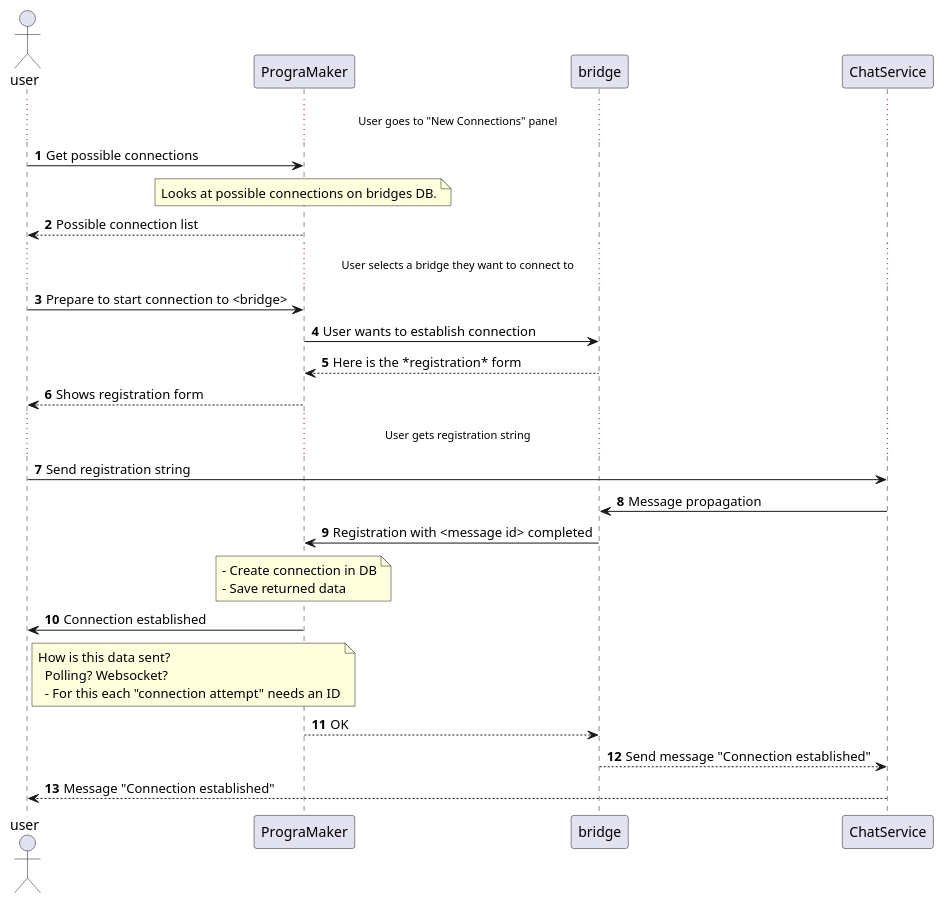
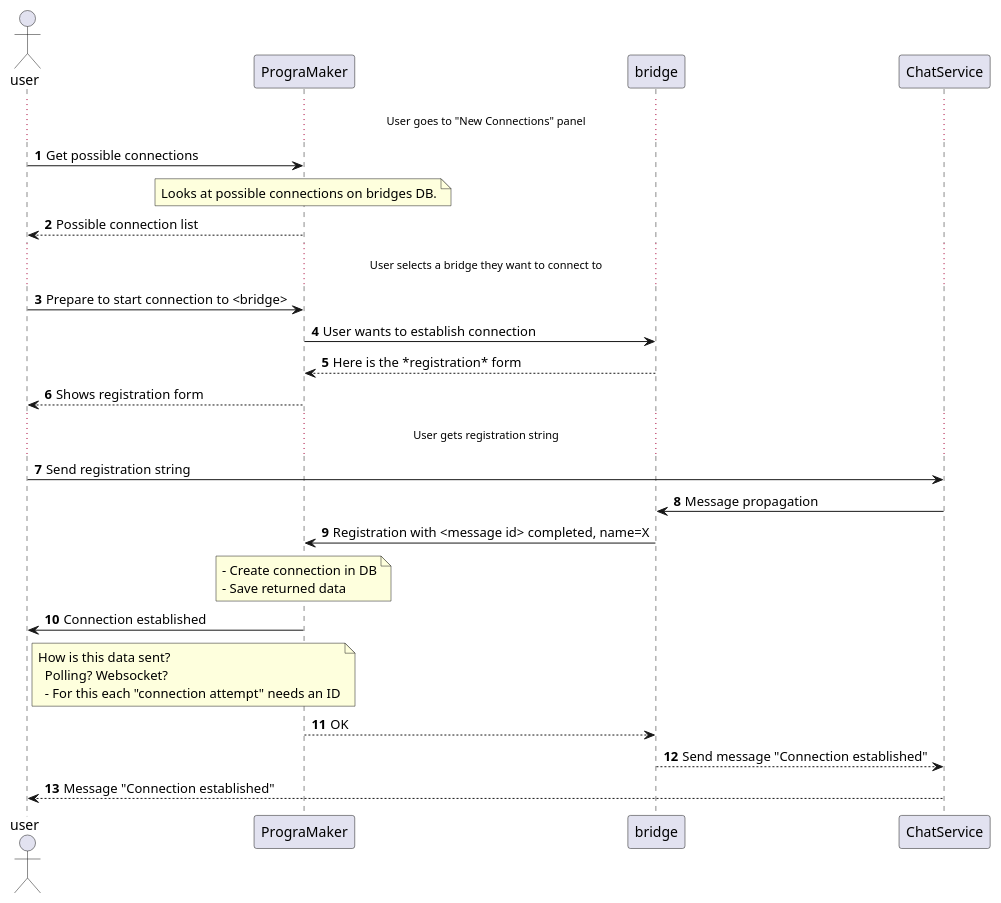
Before and after one commit to programaker-project/Programaker-Core: the diagram in docs/communications/sequence/registration/chat-connection-establishment.puml, drawn with PlantUML. The commit also changed 3 other files, not shown here.

```diff
--- a/docs/communications/sequence/registration/chat-connection-establishment.puml
+++ b/docs/communications/sequence/registration/chat-connection-establishment.puml
@@ -1,48 +1,48 @@
 @startuml sideloaded-connection-establishment
 actor user
 participant PrograMaker as pm
 participant bridge
 participant ChatService as chat
 
 autonumber
 
 ... User goes to "New Connections" panel ...
 user -> pm : Get possible connections
 
 note over pm 
     Looks at possible connections on bridges DB.
 end note
 
 user <-- pm : Possible connection list
 
 ... User selects a bridge they want to connect to ...
 
 user -> pm : Prepare to start connection to <bridge>
 pm -> bridge : User wants to establish connection
 pm <-- bridge : Here is the *registration* form
 user <-- pm : Shows registration form
 
 ... User gets registration string ...
 
 user -> chat : Send registration string
 chat -> bridge : Message propagation
-bridge -> pm : Registration with <message id> completed
+bridge -> pm : Registration with <message id> completed, name=X
 
 note over pm
     - Create connection in DB
     - Save returned data
 end note
 
 user <- pm : Connection established
 
 note right of user
     How is this data sent?
       Polling? Websocket?
       - For this each "connection attempt" needs an ID
 end note
 
 bridge <-- pm : OK
 chat <-- bridge : Send message "Connection established"
 user <-- chat : Message "Connection established"
 
 @enduml
```
